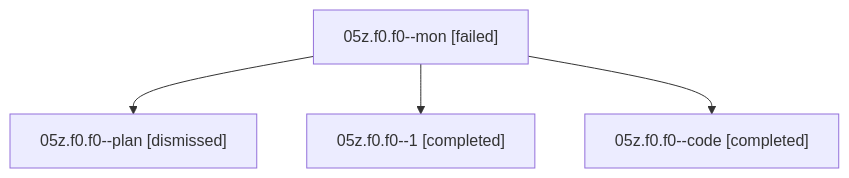
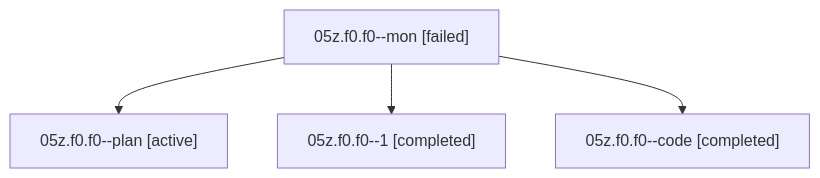
One commit to sase-org/sase--agents changed the diagram in families/bbugyi200.athena.05z.f0.f0.md. Above: the diagram before and after it, drawn with Mermaid. The commit also changed other lines of this file and 35830 other files, not shown here.

````diff
--- a/families/bbugyi200.athena.05z.f0.f0.md
+++ b/families/bbugyi200.athena.05z.f0.f0.md
@@ -9,10 +9,10 @@
 ```mermaid
 flowchart TD
   n0["05z.f0.f0--mon [failed]"]
-  n1["05z.f0.f0--plan [dismissed]"]
+  n1["05z.f0.f0--plan [active]"]
   n0 --> n1
   n2["05z.f0.f0--1 [completed]"]
   n0 --> n2
   n3["05z.f0.f0--code [completed]"]
   n0 --> n3
 ```
````
